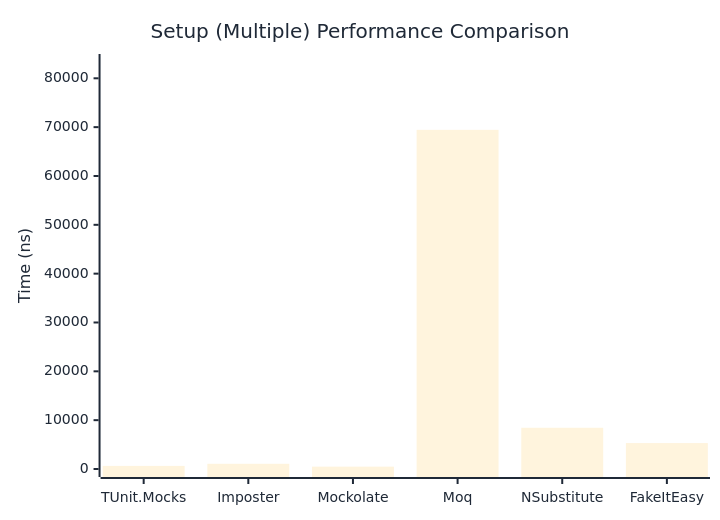
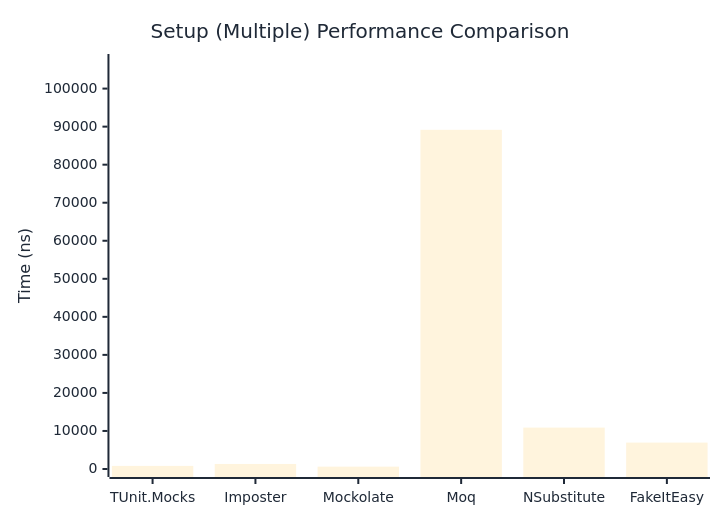
One commit to thomhurst/TUnit changed the second of 2 diagrams in docs/docs/benchmarks/mocks/Setup.md. Above: the diagram before and after it, drawn with Mermaid. The commit also changed other lines of this file and 14 other files, not shown here.

````diff
--- a/docs/docs/benchmarks/mocks/Setup.md
+++ b/docs/docs/benchmarks/mocks/Setup.md
@@ -71,27 +71,27 @@
 ```mermaid
 %%{init: {
   'theme':'base',
   'themeVariables': {
     'primaryColor': '#2563eb',
     'primaryTextColor': '#1f2937',
     'primaryBorderColor': '#1e40af',
     'lineColor': '#6b7280',
     'secondaryColor': '#7c3aed',
     'tertiaryColor': '#dc2626',
     'background': '#ffffff',
     'pie1': '#2563eb',
     'pie2': '#7c3aed',
     'pie3': '#dc2626',
     'pie4': '#f59e0b',
     'pie5': '#10b981',
     'pie6': '#06b6d4',
     'pie7': '#ec4899',
     'pie8': '#6366f1'
   }
 }}%%
 xychart-beta
   title "Setup (Multiple) Performance Comparison"
   x-axis ["TUnit.Mocks", "Imposter", "Mockolate", "Moq", "NSubstitute", "FakeItEasy"]
-  y-axis "Time (ns)" 0 --> 83338
-  bar [636.6, 1064.3, 480.1, 69447.9, 8445.2, 5308.6]
+  y-axis "Time (ns)" 0 --> 106991
+  bar [811.6, 1327.6, 617, 89159.1, 10883.1, 6939.3]
 ```
````
